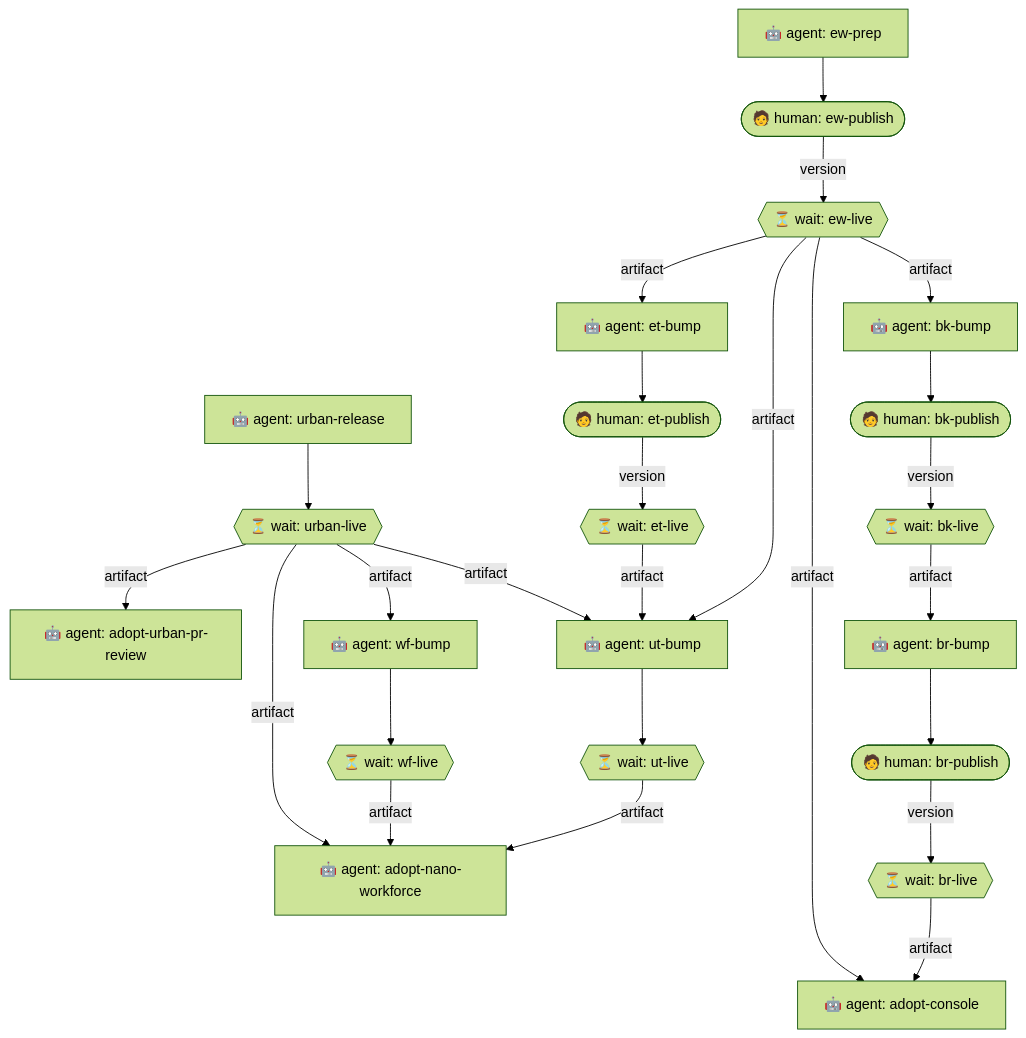
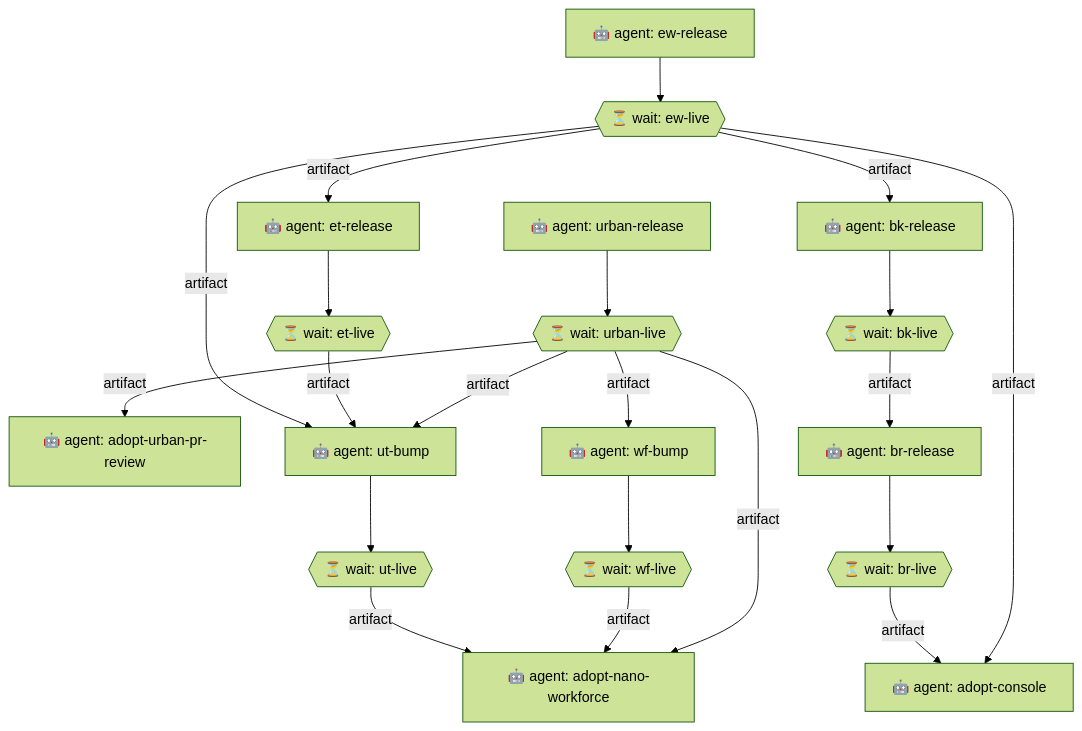
One commit to nanobpm/wasm-engine-release-graph changed the diagram in docs/graph.mmd. Above: the diagram before and after it, drawn with Mermaid (forest theme). The commit also changed 2 other files, not shown here.

Commit message:
feat: fully-agentic release graph (OIDC publishing, no OTP stops)
Trusted publishing (OIDC) is now configured on every train, so the four
interactive-OTP npm publishes no longer need a human. Collapse each package's
prep→OTP-publish pair into a single agent release node (mirroring the urban
train's cut→wait shape. The graph is now 10 agent / 7 wait / 0 human (was
10/7/4); the human-in-the-loop is the single approval-token gate at dispatch.

Verified: compiles + deploys + runs to COMPLETED through the real WASM engine
with 0 human tasks and 10 side-effects.

EOF
)

```diff
--- a/docs/graph.mmd
+++ b/docs/graph.mmd
@@ -1,47 +1,39 @@
 flowchart TD
-  %% nano ecosystem release delivery graph (agentic)
+  %% nano ecosystem release delivery graph
   adopt-console["🤖 agent: adopt-console"]
   adopt-nano-workforce["🤖 agent: adopt-nano-workforce"]
   adopt-urban-pr-review["🤖 agent: adopt-urban-pr-review"]
-  bk-bump["🤖 agent: bk-bump"]
   bk-live{{"⏳ wait: bk-live"}}
-  bk-publish(["🧑 human: bk-publish"])
-  br-bump["🤖 agent: br-bump"]
+  bk-release["🤖 agent: bk-release"]
   br-live{{"⏳ wait: br-live"}}
-  br-publish(["🧑 human: br-publish"])
-  et-bump["🤖 agent: et-bump"]
+  br-release["🤖 agent: br-release"]
   et-live{{"⏳ wait: et-live"}}
-  et-publish(["🧑 human: et-publish"])
+  et-release["🤖 agent: et-release"]
   ew-live{{"⏳ wait: ew-live"}}
-  ew-prep["🤖 agent: ew-prep"]
-  ew-publish(["🧑 human: ew-publish"])
+  ew-release["🤖 agent: ew-release"]
   urban-live{{"⏳ wait: urban-live"}}
   urban-release["🤖 agent: urban-release"]
   ut-bump["🤖 agent: ut-bump"]
   ut-live{{"⏳ wait: ut-live"}}
   wf-bump["🤖 agent: wf-bump"]
   wf-live{{"⏳ wait: wf-live"}}
-  ew-prep --> ew-publish
-  ew-publish -- "version" --> ew-live
-  ew-live -- "artifact" --> et-bump
-  et-bump --> et-publish
-  et-publish -- "version" --> et-live
-  ew-live -- "artifact" --> bk-bump
-  bk-bump --> bk-publish
-  bk-publish -- "version" --> bk-live
-  bk-live -- "artifact" --> br-bump
-  br-bump --> br-publish
-  br-publish -- "version" --> br-live
+  ew-release --> ew-live
+  ew-live -- "artifact" --> et-release
+  et-release --> et-live
+  ew-live -- "artifact" --> bk-release
+  bk-release --> bk-live
+  bk-live -- "artifact" --> br-release
+  br-release --> br-live
   urban-release --> urban-live
   urban-live -- "artifact" --> wf-bump
   wf-bump --> wf-live
   ew-live -- "artifact" --> ut-bump
   et-live -- "artifact" --> ut-bump
   urban-live -- "artifact" --> ut-bump
   ut-bump --> ut-live
   br-live -- "artifact" --> adopt-console
   ew-live -- "artifact" --> adopt-console
   ut-live -- "artifact" --> adopt-nano-workforce
   wf-live -- "artifact" --> adopt-nano-workforce
   urban-live -- "artifact" --> adopt-nano-workforce
   urban-live -- "artifact" --> adopt-urban-pr-review
```
